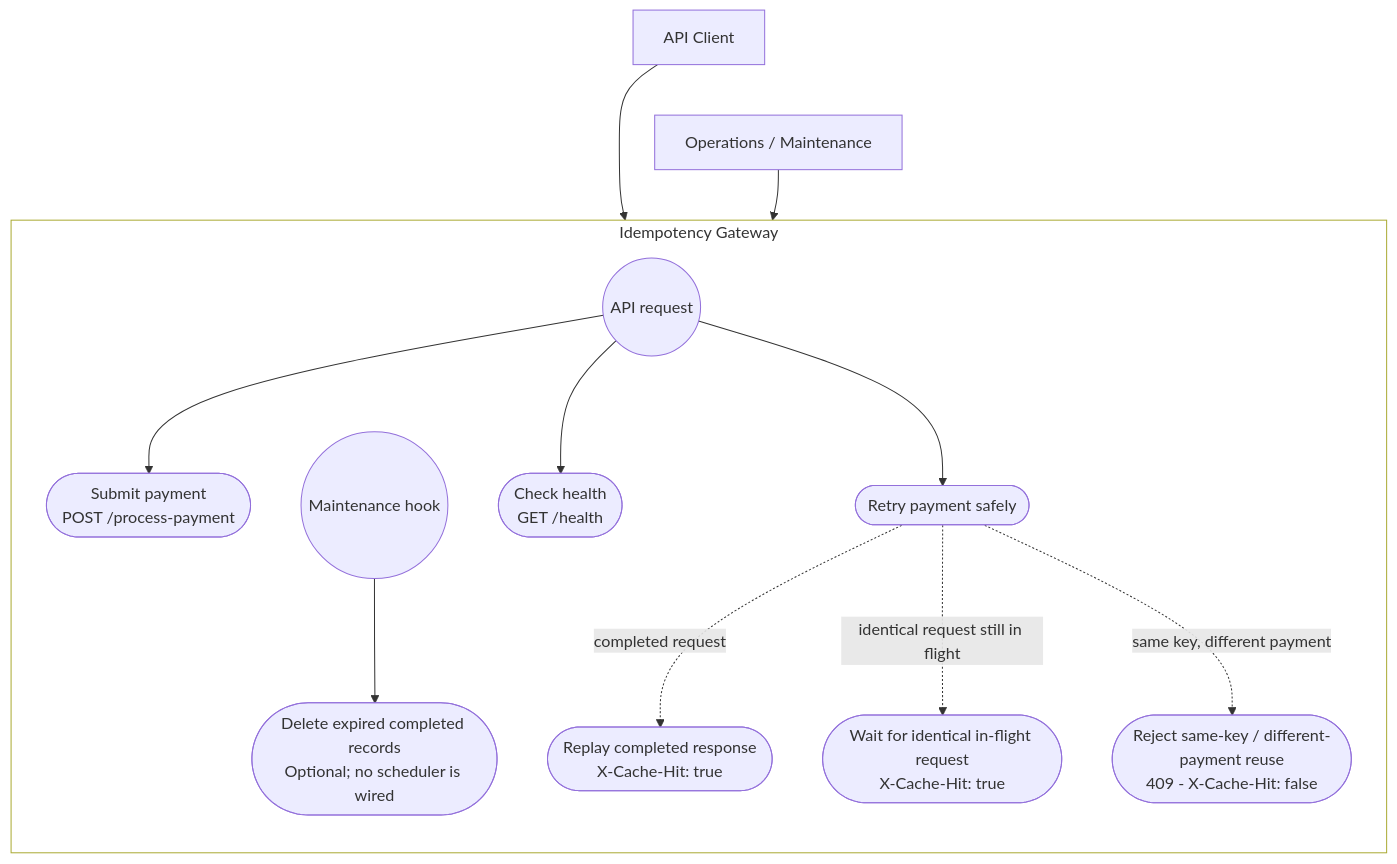
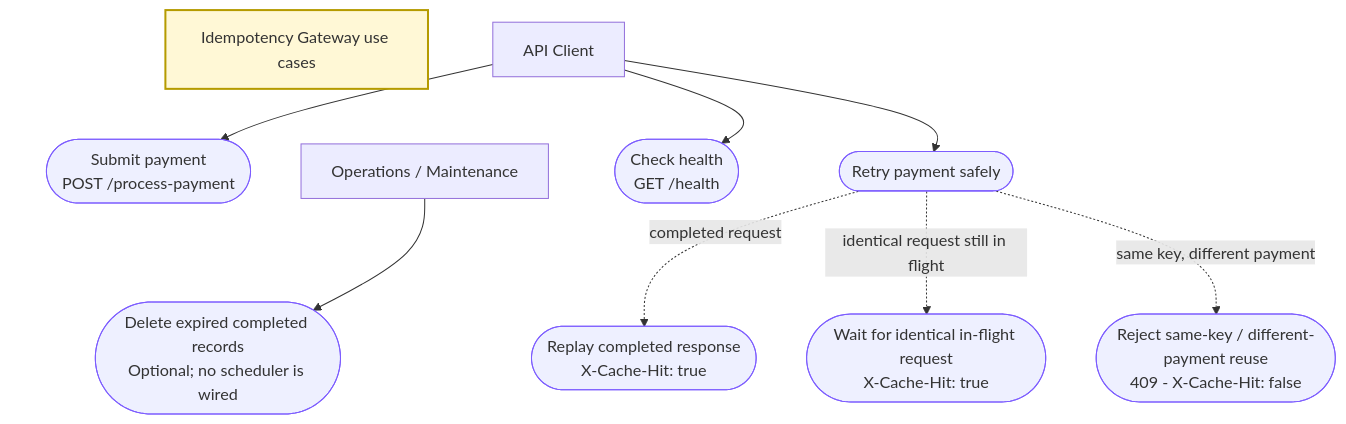
Before and after one commit to amalitechglobaltraining/Idempotency-Gateway: the diagram in docs/use-case-diagram.md, drawn with Mermaid. The commit also changed other lines of this file and 1 other file, not shown here.

Commit message:
docs: connect use-case actors directly

````diff
--- a/docs/use-case-diagram.md
+++ b/docs/use-case-diagram.md
@@ -9,32 +9,31 @@
 ```mermaid
 flowchart TB
     Client[API Client]
     Operations[Operations / Maintenance]
     Client ~~~ Operations
+    Gateway[Idempotency Gateway use cases]
+    Submit([Submit payment<br/>POST /process-payment])
+    Retry([Retry payment safely])
+    Replay([Replay completed response<br/>X-Cache-Hit: true])
+    Wait([Wait for identical in-flight request<br/>X-Cache-Hit: true])
+    Conflict([Reject same-key / different-payment reuse<br/>409 - X-Cache-Hit: false])
+    Health([Check health<br/>GET /health])
+    Cleanup([Delete expired completed records<br/>Optional; no scheduler is wired])
 
-    subgraph Gateway[Idempotency Gateway]
-        direction TB
-        ClientEntry((API request))
-        MaintenanceEntry((Maintenance hook))
-        Submit([Submit payment<br/>POST /process-payment])
-        Retry([Retry payment safely])
-        Replay([Replay completed response<br/>X-Cache-Hit: true])
-        Wait([Wait for identical in-flight request<br/>X-Cache-Hit: true])
-        Conflict([Reject same-key / different-payment reuse<br/>409 - X-Cache-Hit: false])
-        Health([Check health<br/>GET /health])
-        Cleanup([Delete expired completed records<br/>Optional; no scheduler is wired])
-    end
-
-    Client --> ClientEntry
-    Operations --> MaintenanceEntry
-    ClientEntry --> Submit
-    ClientEntry --> Retry
-    ClientEntry --> Health
-    MaintenanceEntry --> Cleanup
+    Gateway ~~~ Submit
+    Gateway ~~~ Retry
+    Gateway ~~~ Health
+    Gateway ~~~ Cleanup
+    Client --> Submit
+    Client --> Retry
+    Client --> Health
+    Operations --> Cleanup
 
     Retry -. completed request .-> Replay
     Retry -. identical request still in flight .-> Wait
     Retry -. same key, different payment .-> Conflict
 
-    style Gateway fill:#ffffff,fill-opacity:0
+    classDef gatewayUseCase fill:#eef0ff,stroke:#7c5cff,stroke-width:1px
+    class Submit,Retry,Replay,Wait,Conflict,Health,Cleanup gatewayUseCase
+    style Gateway fill:#fff8d6,stroke:#b59b00,stroke-width:2px
 ```
````
